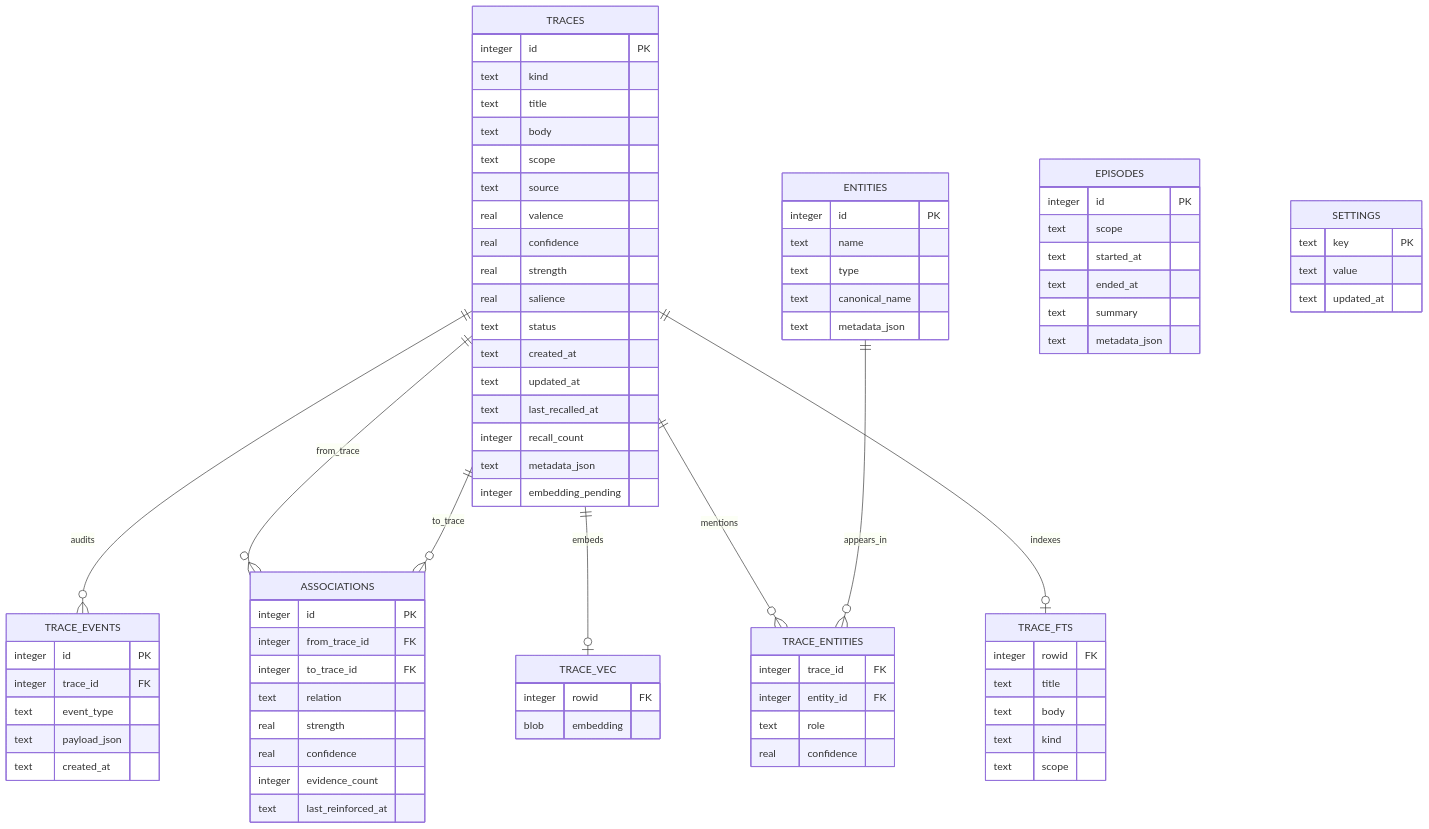
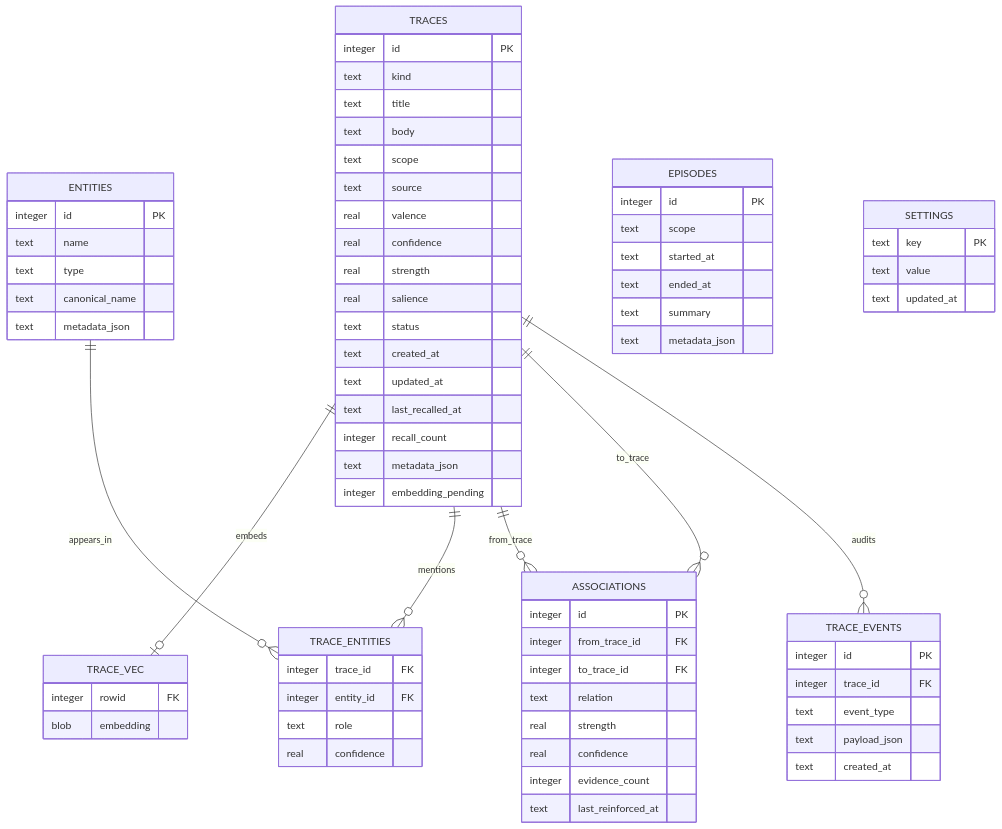
The diagram in README.md (NathanFirmo/hebb), drawn with Mermaid before and after one commit. The commit also changed other lines of this file and 7 other files, not shown here.

```diff
--- a/README.md
+++ b/README.md
@@ -175,14 +186,6 @@
     integer recall_count
     text metadata_json
     integer embedding_pending
-  }
-
-  TRACE_FTS {
-    integer rowid FK
-    text title
-    text body
-    text kind
-    text scope
   }
 
   TRACE_VEC {
@@ -239,7 +242,6 @@
     text updated_at
   }
 
-  TRACES ||--o| TRACE_FTS : indexes
   TRACES ||--o| TRACE_VEC : embeds
   TRACES ||--o{ TRACE_ENTITIES : mentions
   ENTITIES ||--o{ TRACE_ENTITIES : appears_in
```
